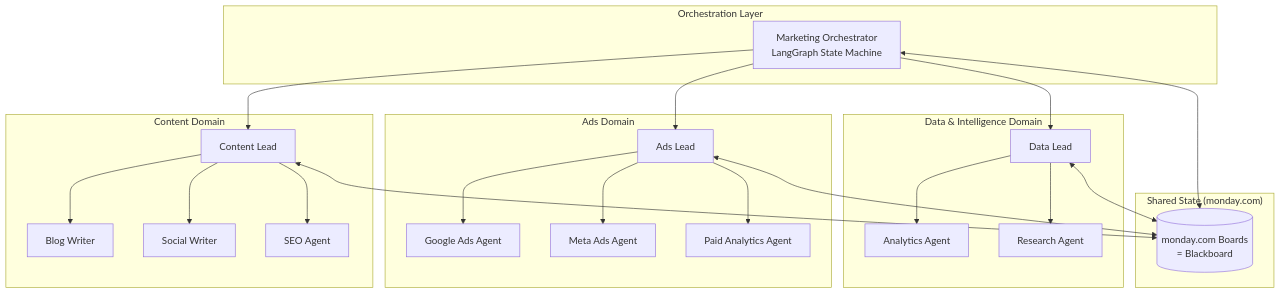
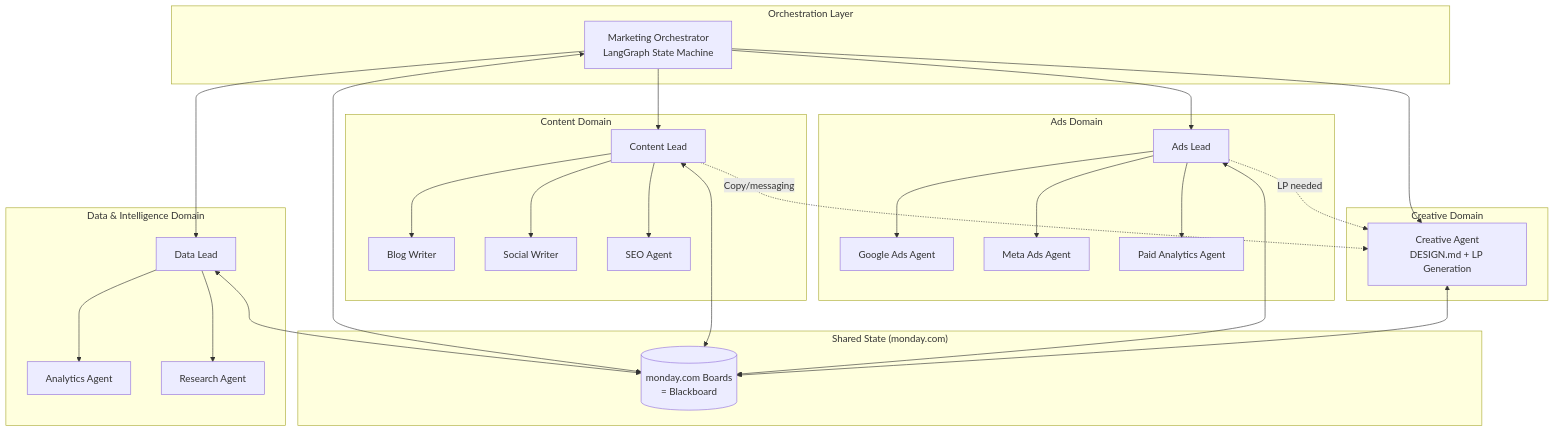
Before and after one commit to nymeria-ai/funnel-fighters: the first of 5 diagrams in docs/orchestration-research.md, drawn with Mermaid. The commit also changed other lines of this file and 1 other file, not shown here.

Commit message:
Update orchestration docs: add Creative Agent (#12) with DESIGN.md spec

````diff
--- a/docs/orchestration-research.md
+++ b/docs/orchestration-research.md
@@ -106,50 +106,58 @@
 ```mermaid
 graph TB
     subgraph "Orchestration Layer"
         ORCH[Marketing Orchestrator<br/>LangGraph State Machine]
     end
 
     subgraph "Content Domain"
         CL[Content Lead]
         BW[Blog Writer]
         SW[Social Writer]
         SEO[SEO Agent]
     end
 
     subgraph "Ads Domain"
         AL[Ads Lead]
         GA[Google Ads Agent]
         MA[Meta Ads Agent]
         PA[Paid Analytics Agent]
     end
 
     subgraph "Data & Intelligence Domain"
         DL[Data Lead]
         AN[Analytics Agent]
         RE[Research Agent]
     end
 
+    subgraph "Creative Domain"
+        CR[Creative Agent<br/>DESIGN.md + LP Generation]
+    end
+
     ORCH --> CL
     ORCH --> AL
     ORCH --> DL
+    ORCH --> CR
 
     CL --> BW
     CL --> SW
     CL --> SEO
 
     AL --> GA
     AL --> MA
     AL --> PA
 
     DL --> AN
     DL --> RE
 
     subgraph "Shared State (monday.com)"
         BB[(monday.com Boards<br/>= Blackboard)]
     end
 
     ORCH <--> BB
     CL <--> BB
     AL <--> BB
     DL <--> BB
+    CR <--> BB
+    AL -.->|"LP needed"| CR
+    CL -.->|"Copy/messaging"| CR
 ```
````
